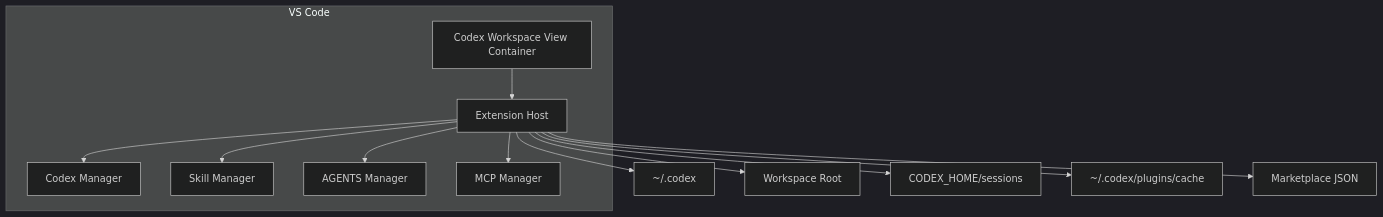
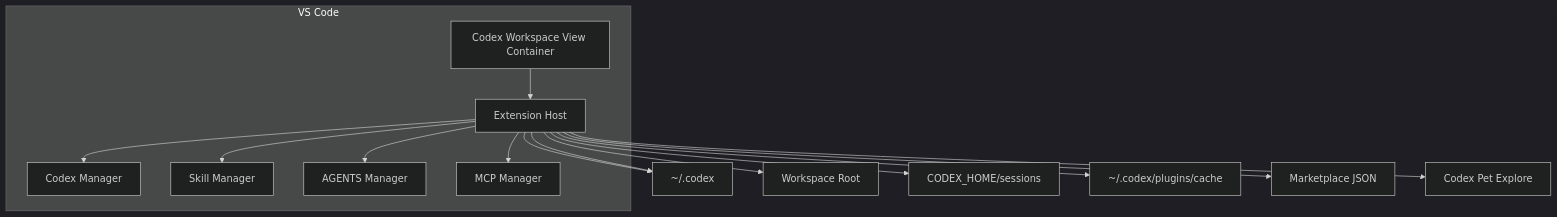
The diagram in docs/02_architect.md (Knworks/codex-workspace), drawn with Mermaid (dark theme) before and after one commit. The commit also changed other lines of this file and 14 other files, not shown here.

Commit message:
feat: add Codex Pet Explore with pet settings and rate limit display

````diff
--- a/docs/02_architect.md
+++ b/docs/02_architect.md
@@ -237,28 +258,30 @@
 ```mermaid
 flowchart TB
   subgraph VSCode[VS Code]
     VC[Codex Workspace View Container]
     EH[Extension Host]
     WV1[Codex Manager]
     WV2[Skill Manager]
     WV3[AGENTS Manager]
     WV4[MCP Manager]
   end
 
   CODEX[~/.codex]
   PROJECT[Workspace Root]
   SESSIONS[CODEX_HOME/sessions]
   PLUGINS[~/.codex/plugins/cache]
   MARKET[Marketplace JSON]
 
   VC --> EH
   EH --> CODEX
   EH --> PROJECT
   EH --> SESSIONS
   EH --> PLUGINS
   EH --> MARKET
+  EH --> CODEX
   EH --> WV1
   EH --> WV2
   EH --> WV3
   EH --> WV4
+  EH --> PET[Codex Pet Explore]
 ```
````
